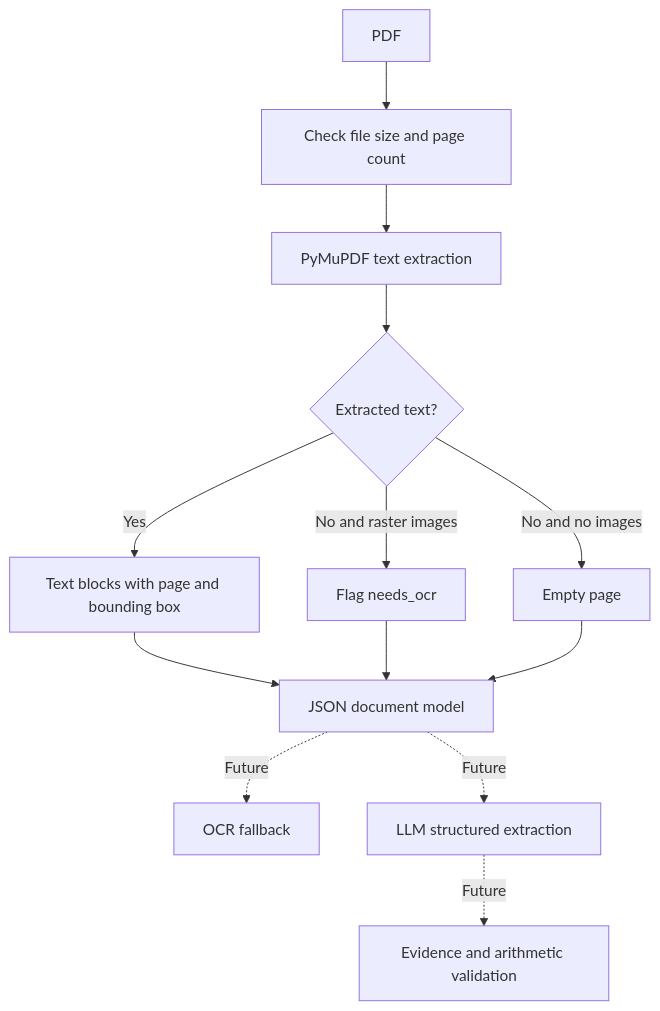
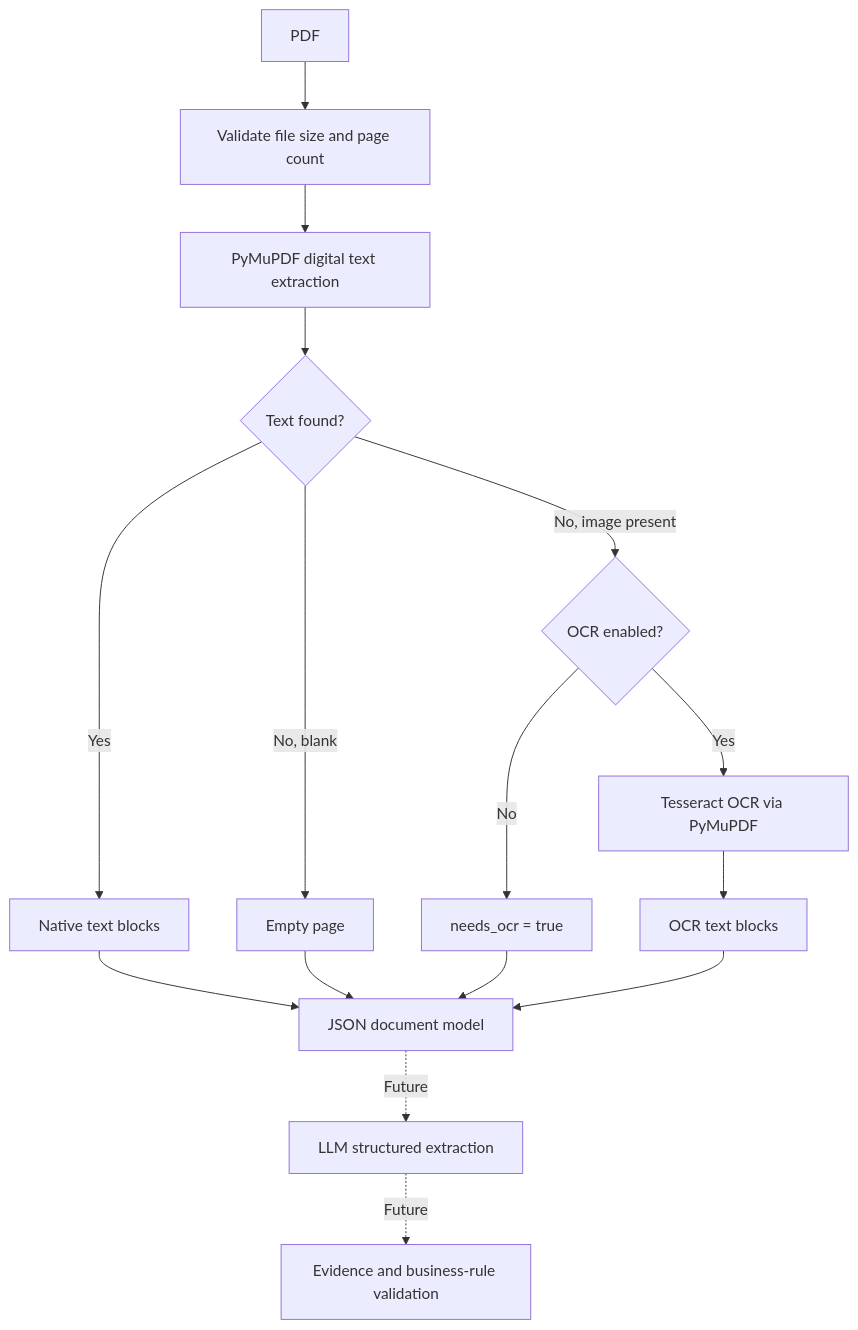
Before and after one commit to skrutikov/document-extraction-pipeline: the diagram in docs/architecture.md, drawn with Mermaid. The commit also changed other lines of this file and 6 other files, not shown here.

Commit message:
Add optional Tesseract OCR fallback with source coordinates and CI tests

````diff
--- a/docs/architecture.md
+++ b/docs/architecture.md
@@ -5,15 +5,18 @@
 ```mermaid
 flowchart TD
-    A[PDF] --> B[Check file size and page count]
-    B --> C[PyMuPDF text extraction]
-    C --> D{Extracted text?}
-    D -->|Yes| E[Text blocks with page and bounding box]
-    D -->|No and raster images| F[Flag needs_ocr]
-    D -->|No and no images| G[Empty page]
-    E --> H[JSON document model]
-    F --> H
-    G --> H
-    H -. Future .-> I[OCR fallback]
-    H -. Future .-> J[LLM structured extraction]
-    J -. Future .-> K[Evidence and arithmetic validation]
+    A[PDF] --> B[Validate file size and page count]
+    B --> C[PyMuPDF digital text extraction]
+    C --> D{Text found?}
+    D -->|Yes| E[Native text blocks]
+    D -->|No, image present| F{OCR enabled?}
+    D -->|No, blank| G[Empty page]
+    F -->|Yes| H[Tesseract OCR via PyMuPDF]
+    F -->|No| I[needs_ocr = true]
+    H --> J[OCR text blocks]
+    E --> K[JSON document model]
+    G --> K
+    I --> K
+    J --> K
+    K -. Future .-> L[LLM structured extraction]
+    L -. Future .-> M[Evidence and business-rule validation]
 ```
````
